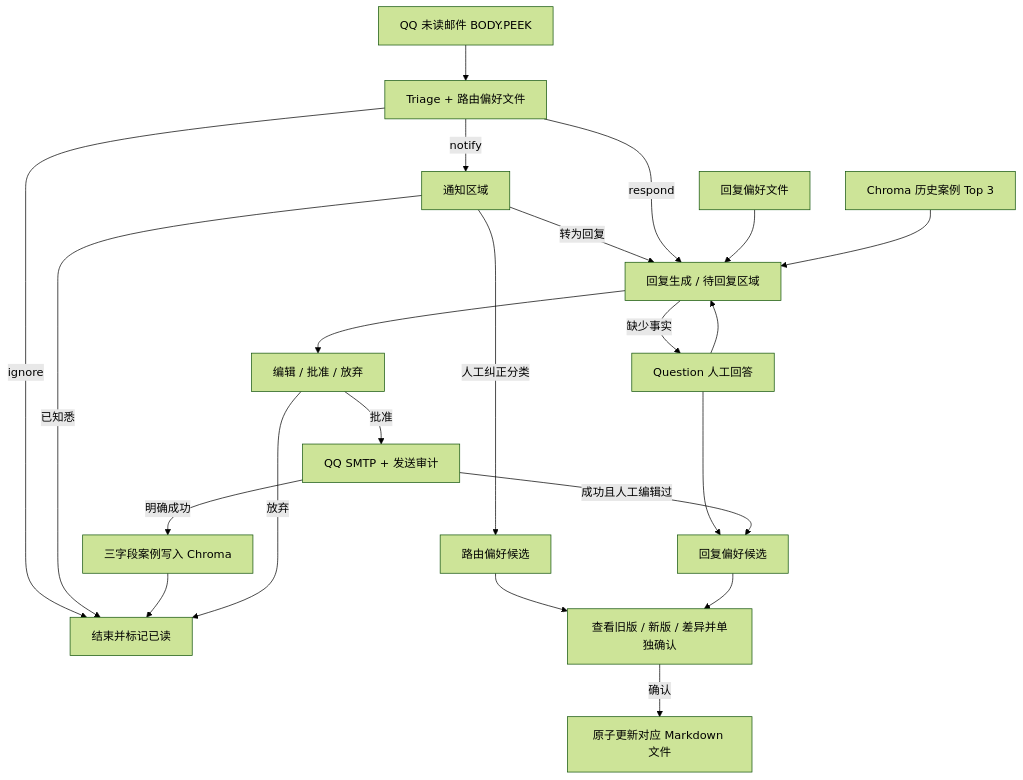
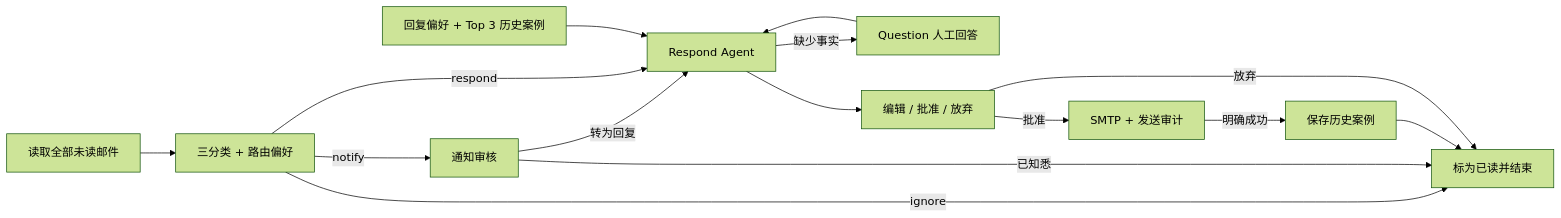
The diagram in README.md (YangZ182/email-agent), drawn with Mermaid (forest theme) before and after one commit. The commit also changed other lines of this file and 6 other files, not shown here.

````diff
--- a/README.md
+++ b/README.md
@@ -25,24 +42,17 @@
 ```mermaid
-flowchart TD
-    A[QQ 未读邮件 BODY.PEEK] --> B[Triage + 路由偏好文件]
-    B -->|ignore| D[结束并标记已读]
-    B -->|notify| C[通知区域]
-    C -->|已知悉| D
-    C -->|转为回复| E[回复生成 / 待回复区域]
+flowchart LR
+    A[读取全部未读邮件] --> B[三分类 + 路由偏好]
+    B -->|ignore| C[标为已读并结束]
+    B -->|notify| D[通知审核]
+    D -->|已知悉| C
+    D -->|转为回复| E[Respond Agent]
     B -->|respond| E
-    P[回复偏好文件] --> E
-    R[Chroma 历史案例 Top 3] --> E
+    P[回复偏好 + Top 3 历史案例] --> E
     E -->|缺少事实| Q[Question 人工回答]
     Q --> E
     E --> H[编辑 / 批准 / 放弃]
-    H -->|批准| S[QQ SMTP + 发送审计]
-    S -->|明确成功| W[三字段案例写入 Chroma]
-    W --> D
-    H -->|放弃| D
-    C -->|人工纠正分类| T[路由偏好候选]
-    Q --> U[回复偏好候选]
-    S -->|成功且人工编辑过| U
-    T --> F[查看旧版 / 新版 / 差异并单独确认]
-    U --> F
-    F -->|确认| PERSIST[原子更新对应 Markdown 文件]
+    H -->|批准| S[SMTP + 发送审计]
+    S -->|明确成功| W[保存历史案例]
+    W --> C
+    H -->|放弃| C
 ```
````
